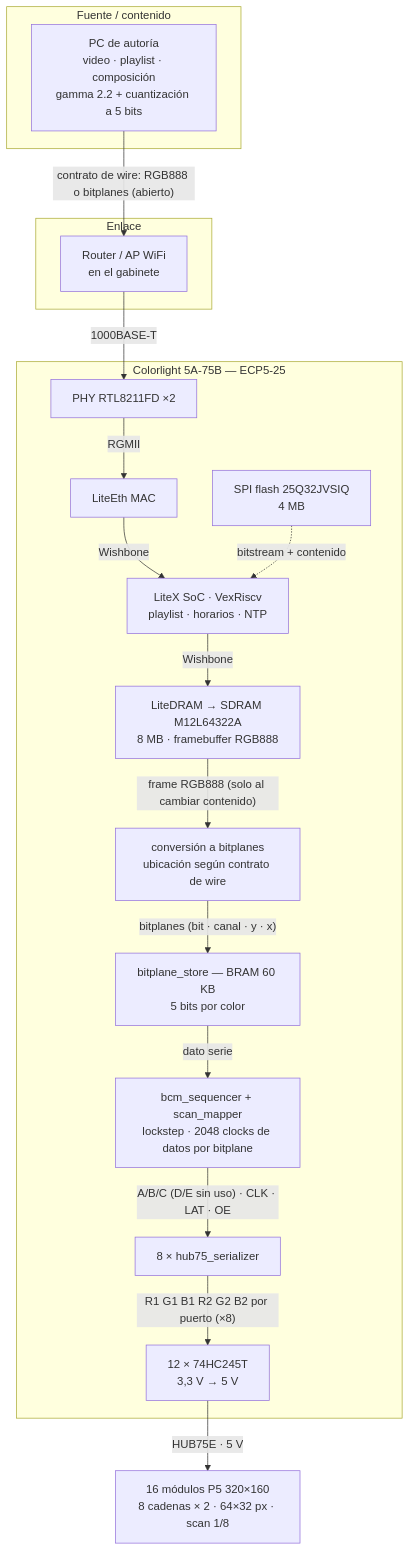
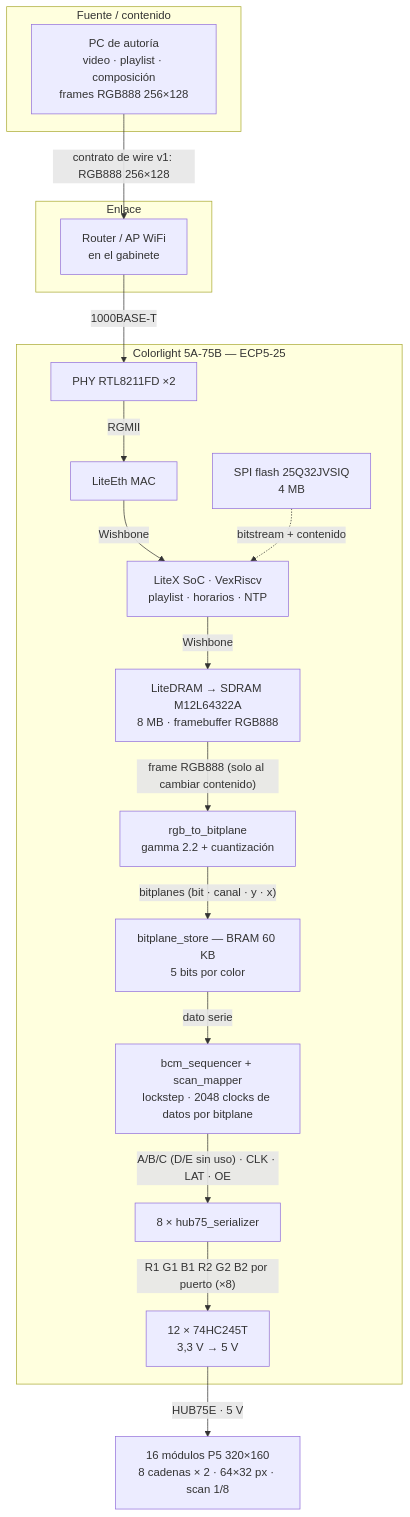
Before and after one commit to mwfigueroa/Electronic_Billboard: the first of 2 diagrams in docs/16_cadena_completa.md, drawn with Mermaid. The commit also changed other lines of this file and 1 other file, not shown here.

Commit message:
docs: contrato de wire v1 y reparto PC/panel coherente
El contrato v1 quedo decidido (la PC manda RGB888; gamma, cuantizacion y
bitplanes viven en el panel), pero el documento se contradecia consigo
mismo: la tabla de reparto asignaba gamma y cuantizacion a la PC, el
diagrama del pipeline las ubicaba antes del wire y docs/16 dejaba la
conversion como "ubicacion segun contrato".

- docs/14: fila de reparto invertida, principio rector ajustado (la PC
  manda pixeles, no frames cuantizados) y diagrama del pipeline con la
  frontera PC <-> panel marcada.
- docs/16: la PC manda frames RGB888, el bloque del FPGA vuelve a
  rgb_to_bitplane con gamma y cuantizacion, y el condicionante del
  contrato queda tachado como resuelto.

````diff
--- a/docs/16_cadena_completa.md
+++ b/docs/16_cadena_completa.md
@@ -9,38 +9,38 @@
 ```mermaid
 flowchart TB
     subgraph Content["Fuente / contenido"]
-        PC["PC de autoría<br/>video · playlist · composición<br/>gamma 2.2 + cuantización a 5 bits"]
+        PC["PC de autoría<br/>video · playlist · composición<br/>frames RGB888 256×128"]
     end
 
     subgraph Net["Enlace"]
         AP["Router / AP WiFi<br/>en el gabinete"]
     end
 
     subgraph Board["Colorlight 5A-75B — ECP5-25"]
         PHY["PHY RTL8211FD ×2"]
         MAC["LiteEth MAC"]
         SoC["LiteX SoC · VexRiscv<br/>playlist · horarios · NTP"]
         Flash["SPI flash 25Q32JVSIQ<br/>4 MB"]
         DRAM["LiteDRAM → SDRAM M12L64322A<br/>8 MB · framebuffer RGB888"]
-        Conv["conversión a bitplanes<br/>ubicación según contrato de wire"]
+        Conv["rgb_to_bitplane<br/>gamma 2.2 + cuantización"]
         Store["bitplane_store — BRAM 60 KB<br/>5 bits por color"]
         Seq["bcm_sequencer + scan_mapper<br/>lockstep · 2048 clocks de datos por bitplane"]
         Ser["8 × hub75_serializer"]
         Buf["12 × 74HC245T<br/>3,3 V → 5 V"]
     end
 
     Panel["16 módulos P5 320×160<br/>8 cadenas × 2 · 64×32 px · scan 1/8"]
 
-    PC -->|"contrato de wire: RGB888 o bitplanes (abierto)"| AP
+    PC -->|"contrato de wire v1: RGB888 256×128"| AP
     AP -->|"1000BASE-T"| PHY
     PHY -->|"RGMII"| MAC
     MAC -->|"Wishbone"| SoC
     SoC -->|"Wishbone"| DRAM
     Flash -. "bitstream + contenido" .-> SoC
     DRAM -->|"frame RGB888 (solo al cambiar contenido)"| Conv
     Conv -->|"bitplanes (bit · canal · y · x)"| Store
     Store -->|"dato serie"| Seq
     Seq -->|"A/B/C (D/E sin uso) · CLK · LAT · OE"| Ser
     Ser -->|"R1 G1 B1 R2 G2 B2 por puerto (×8)"| Buf
     Buf -->|"HUB75E · 5 V"| Panel
 ```
````
